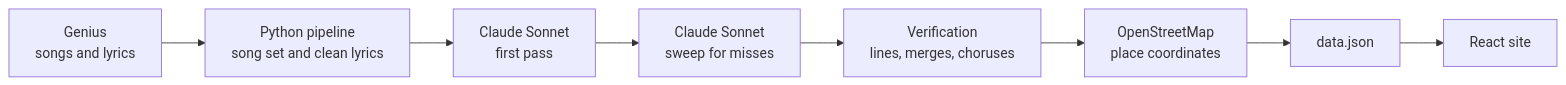
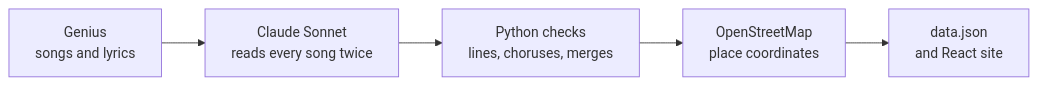
Before and after one commit to rafwan-sarker/ForAllTheNames: the diagram in README.md, drawn with Mermaid.

Commit message:
Simplify the README pipeline diagram so its labels stay readable on GitHub

````diff
--- a/README.md
+++ b/README.md
@@ -46,10 +46,7 @@
 ```mermaid
 flowchart LR
-    A["Genius<br>songs and lyrics"] --> B["Python pipeline<br>song set and clean lyrics"]
-    B --> C["Claude Sonnet<br>first pass"]
-    C --> D["Claude Sonnet<br>sweep for misses"]
-    D --> E["Verification<br>lines, merges, choruses"]
-    E --> F["OpenStreetMap<br>place coordinates"]
-    F --> G["data.json"]
-    G --> H["React site"]
+    A["Genius<br>songs and lyrics"] --> B["Claude Sonnet<br>reads every song twice"]
+    B --> C["Python checks<br>lines, choruses, merges"]
+    C --> D["OpenStreetMap<br>place coordinates"]
+    D --> E["data.json<br>and React site"]
 ```
````
